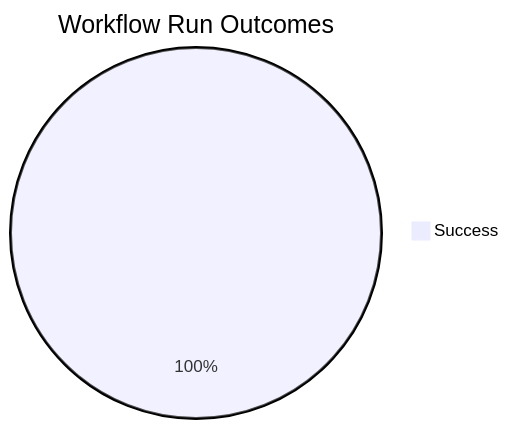
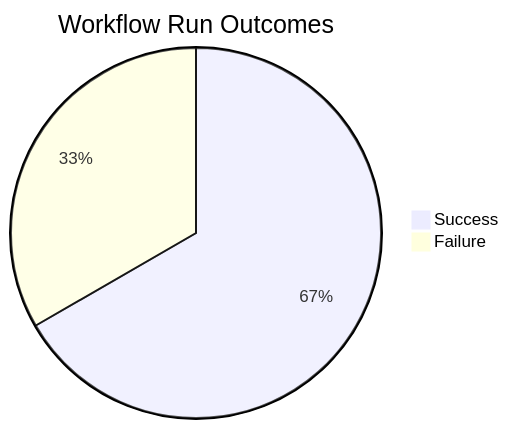
One commit to ukma-cs-ssdm-2025/rate-ukma changed the first of 4 diagrams in docs/ci-cd/dora-summary.md. Above: the diagram before and after it, drawn with Mermaid. The commit also changed other lines of this file, not shown here.

````diff
--- a/docs/ci-cd/dora-summary.md
+++ b/docs/ci-cd/dora-summary.md
@@ -22,4 +22,5 @@
 ```mermaid
 pie title Workflow Run Outcomes
-    "Success" : 7
+    "Success" : 2
+    "Failure" : 1
 ```
````
